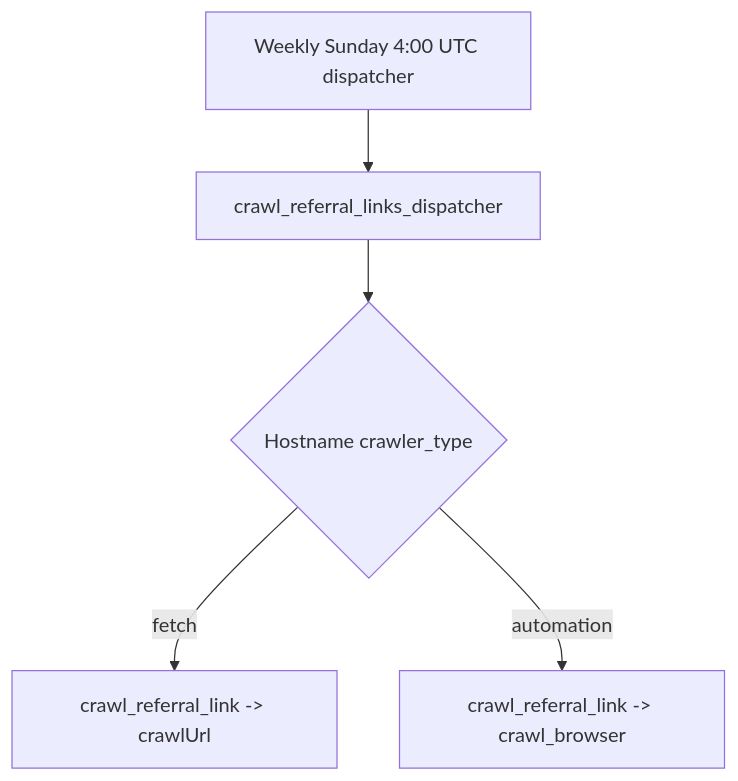
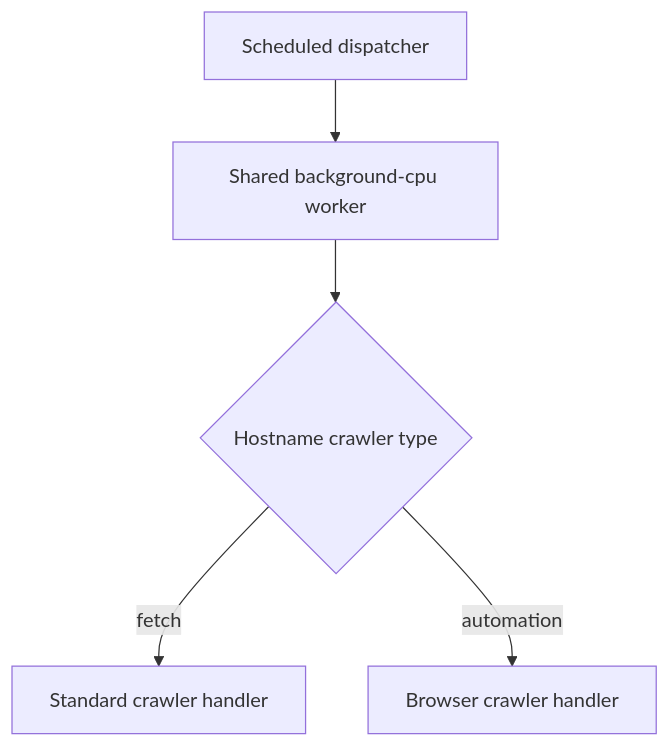
The diagram in docs/overview/architecture/reference-crawling-referral-link-crawling.md (vouchington/vouchington), drawn with Mermaid before and after one commit. The commit also changed other lines of this file and 3 other files, not shown here.

Commit message:
docs(queues): update shared CPU architecture references

````diff
--- a/docs/overview/architecture/reference-crawling-referral-link-crawling.md
+++ b/docs/overview/architecture/reference-crawling-referral-link-crawling.md
@@ -7,7 +7,7 @@
 ```mermaid
 flowchart TD
-  D[Weekly Sunday 4:00 UTC dispatcher] --> Q[crawl_referral_links_dispatcher]
-  Q --> C{Hostname crawler_type}
-  C -- fetch --> F[crawl_referral_link -> crawlUrl]
-  C -- automation --> A[crawl_referral_link -> crawl_browser]
+  D[Scheduled dispatcher] --> Q[Shared background-cpu worker]
+  Q --> C{Hostname crawler type}
+  C -- fetch --> F[Standard crawler handler]
+  C -- automation --> A[Browser crawler handler]
 ```
````
